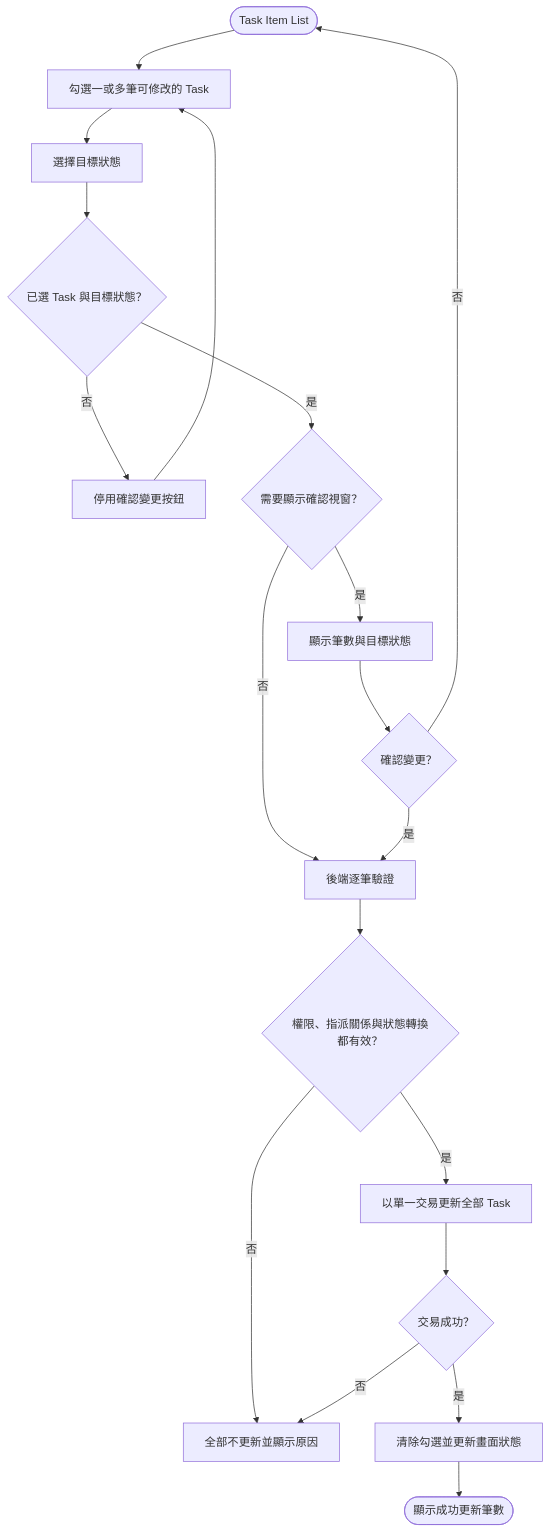
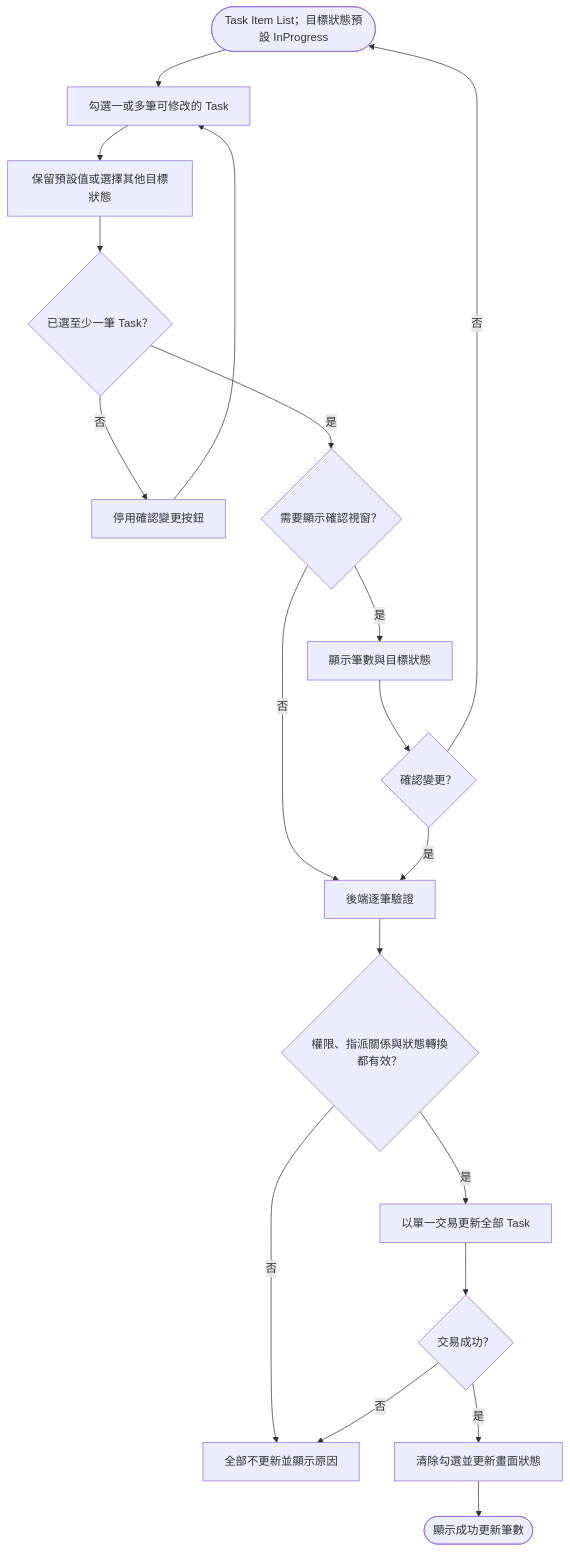
The diagram in Flowchart/批次修改 Task 狀態(前台使用者).md (JJDing-Louis/ProjectManagementWeb_Spec), drawn with Mermaid before and after one commit. The commit also changed 11 other files, not shown here.

````diff
--- a/Flowchart/批次修改 Task 狀態(前台使用者).md
+++ b/Flowchart/批次修改 Task 狀態(前台使用者).md
@@ -3,21 +3,21 @@
 ```mermaid
 flowchart TB
-    batchStart([Task Item List]) --> selectEditable[勾選一或多筆可修改的 Task]
-    selectEditable --> chooseStatus[選擇目標狀態]
-    chooseStatus --> batchReady{已選 Task 與目標狀態？}
+    batchStart([Task Item List；目標狀態預設 InProgress]) --> selectEditable[勾選一或多筆可修改的 Task]
+    selectEditable --> chooseStatus[保留預設值或選擇其他目標狀態]
+    chooseStatus --> batchReady{已選至少一筆 Task？}
     batchReady -->|否| disableSubmit[停用確認變更按鈕]
     disableSubmit --> selectEditable
     batchReady -->|是| needConfirmation{需要顯示確認視窗？}
     needConfirmation -->|是| showBatchSummary[顯示筆數與目標狀態]
     showBatchSummary --> confirmBatch{確認變更？}
     confirmBatch -->|否| batchStart
     needConfirmation -->|否| validateBatch[後端逐筆驗證]
     confirmBatch -->|是| validateBatch
     validateBatch --> batchValid{權限、指派關係與狀態轉換都有效？}
     batchValid -->|否| rollbackBatch[全部不更新並顯示原因]
     batchValid -->|是| updateBatch[以單一交易更新全部 Task]
     updateBatch --> batchSucceeded{交易成功？}
     batchSucceeded -->|否| rollbackBatch
     batchSucceeded -->|是| refreshBatch[清除勾選並更新畫面狀態]
     refreshBatch --> batchFinished([顯示成功更新筆數])
 ```
````
